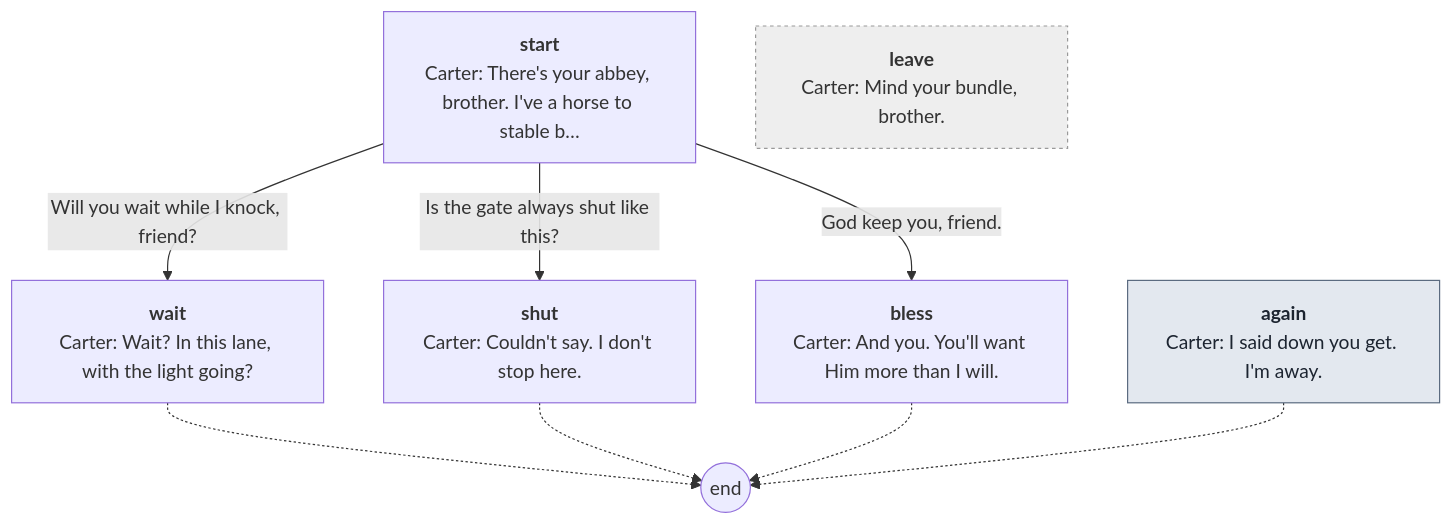
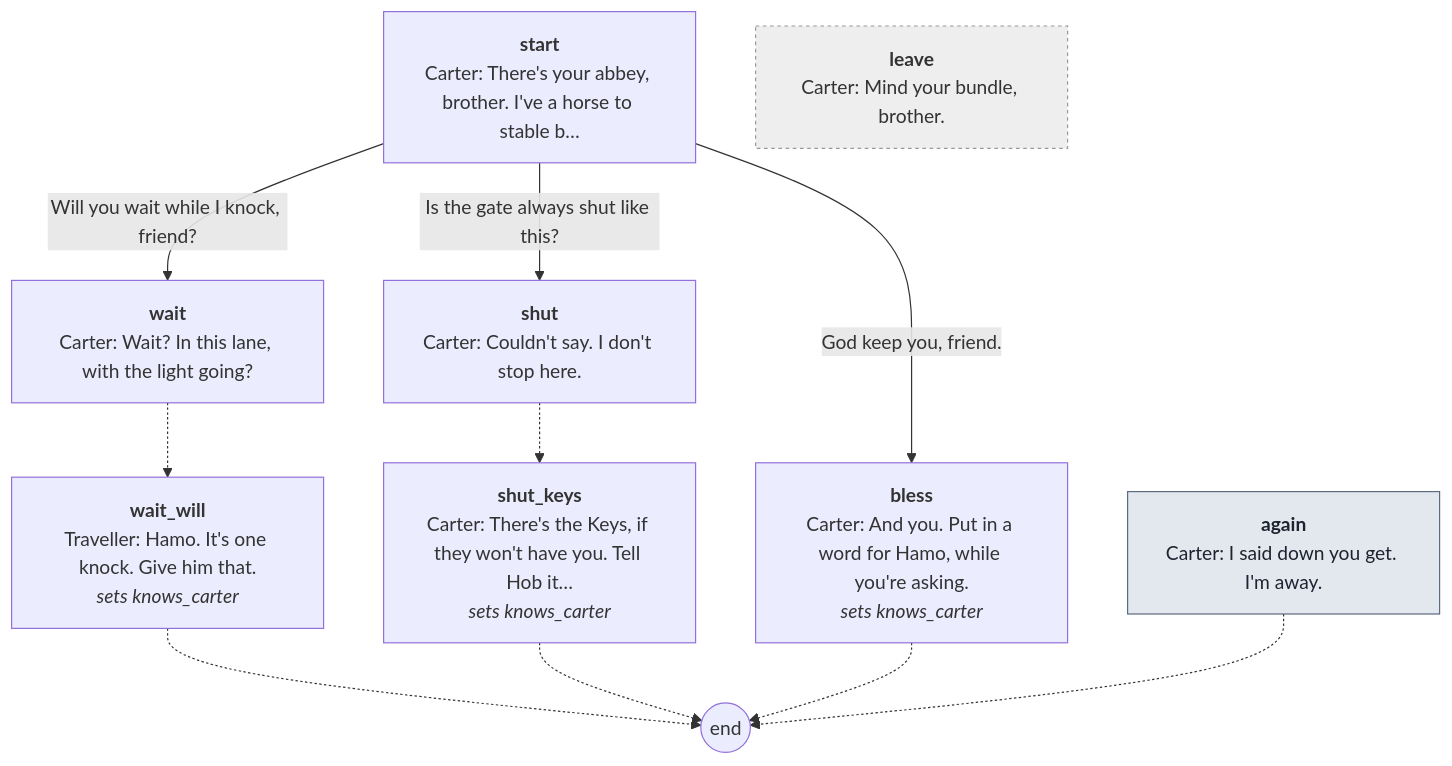
One commit to toastynaan/the-porter changed the third of 19 diagrams in docs/script/night0.md. Above: the diagram before and after it, drawn with Mermaid. The commit also changed other lines of this file and 19 other files, not shown here.

````diff
--- a/docs/script/night0.md
+++ b/docs/script/night0.md
@@ -354,22 +358,26 @@
 ```mermaid
 flowchart TD
   p_start["<b>start</b><br/>Carter: There's your abbey, brother. I've a horse to stable b…"]
   p_wait["<b>wait</b><br/>Carter: Wait? In this lane, with the light going?"]
+  p_wait_will["<b>wait_will</b><br/>Traveller: Hamo. It's one knock. Give him that.<br/><i>sets knows_carter</i>"]
   p_shut["<b>shut</b><br/>Carter: Couldn't say. I don't stop here."]
-  p_bless["<b>bless</b><br/>Carter: And you. You'll want Him more than I will."]
+  p_shut_keys["<b>shut_keys</b><br/>Carter: There's the Keys, if they won't have you. Tell Hob it…<br/><i>sets knows_carter</i>"]
+  p_bless["<b>bless</b><br/>Carter: And you. Put in a word for Hamo, while you're asking.<br/><i>sets knows_carter</i>"]
   p_again["<b>again</b><br/>Carter: I said down you get. I'm away."]
   p_leave["<b>leave</b><br/>Carter: Mind your bundle, brother."]
   end_((end))
   p_start -->|"Will you wait while I knock, friend?"| p_wait
   p_start -->|"Is the gate always shut like this?"| p_shut
   p_start -->|"God keep you, friend."| p_bless
-  p_wait -.-> end_
-  p_shut -.-> end_
+  p_wait -.-> p_wait_will
+  p_wait_will -.-> end_
+  p_shut -.-> p_shut_keys
+  p_shut_keys -.-> end_
   p_bless -.-> end_
   p_again -.-> end_
   classDef claim fill:#f3e3b5,stroke:#9a6b1a,color:#2b2116
   classDef again fill:#e3e8ef,stroke:#5b6b80,color:#1c2430
   classDef leave fill:#eee,stroke:#999,color:#333,stroke-dasharray: 3 3
   class p_again again
   class p_leave leave
 ```
````
